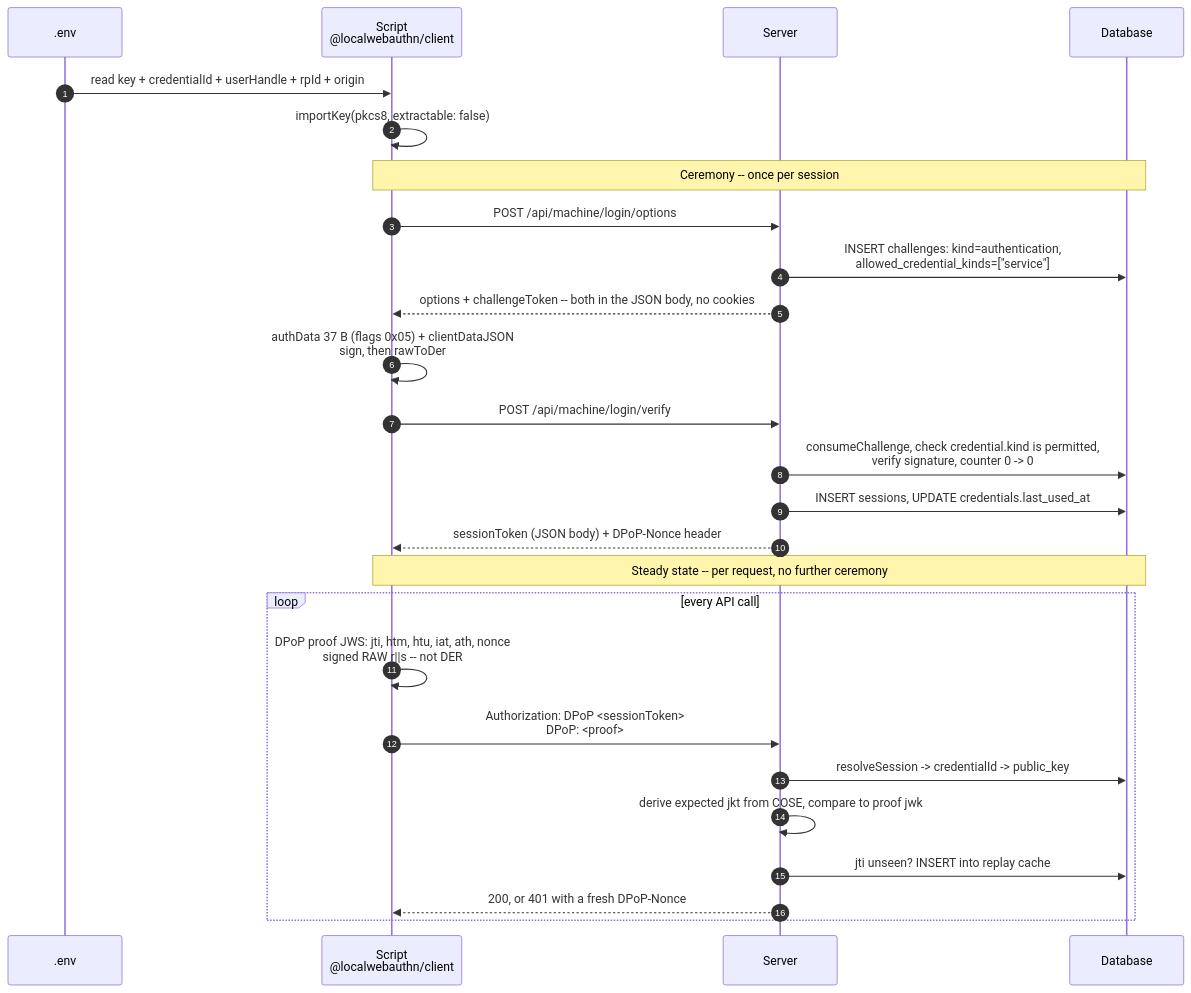
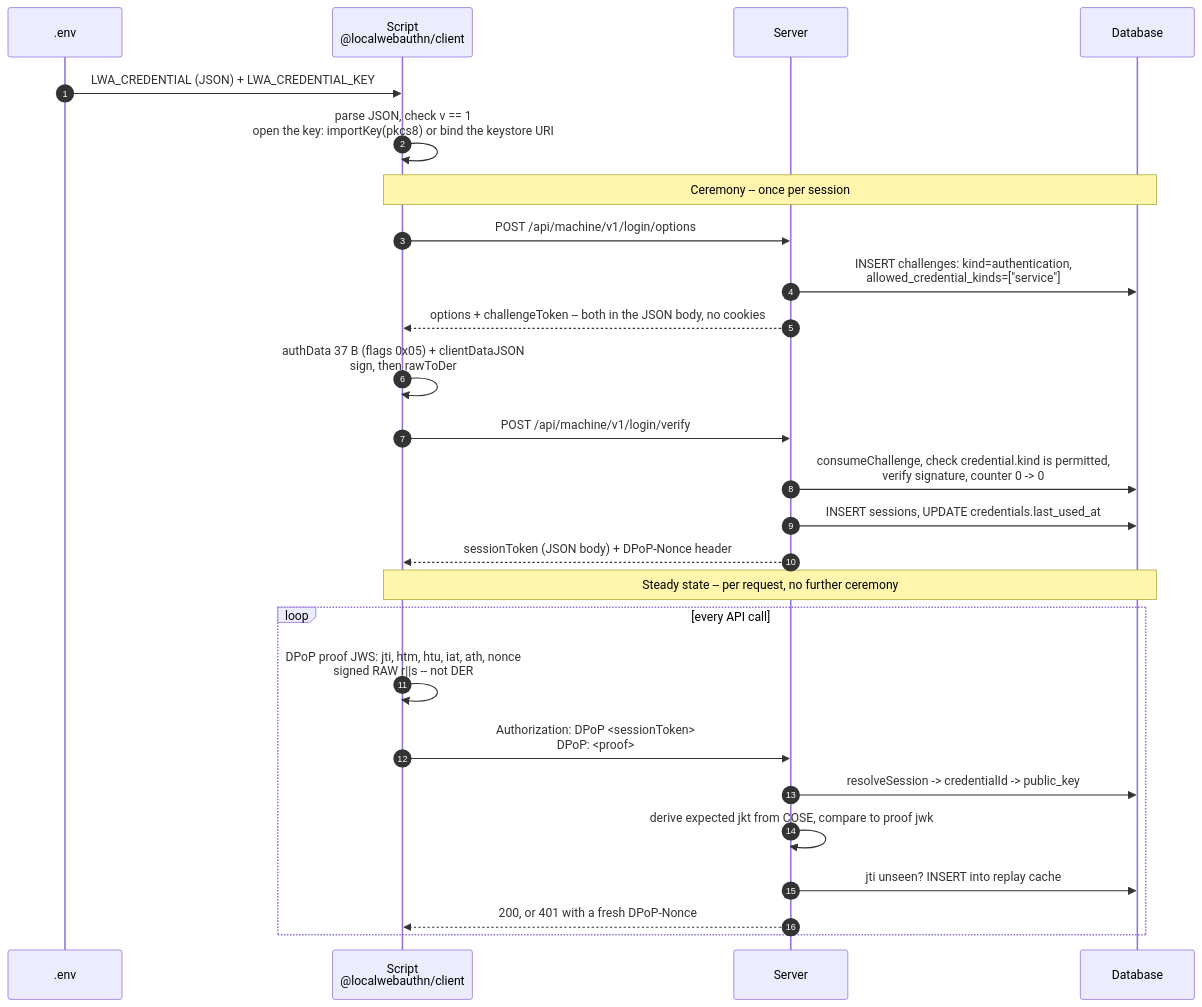
One commit to LocalWebAuthn/LocalWebAuthn changed the fourth of 6 diagrams in docs/API-AUTH.org. Above: the diagram before and after it, drawn with Mermaid. The commit also changed other lines of this file and 8 other files, not shown here.

```diff
--- a/docs/API-AUTH.org
+++ b/docs/API-AUTH.org
@@ -359,33 +521,33 @@
 #+BEGIN_SRC mermaid :file ./images/api-auth-session.png
 sequenceDiagram
   autonumber
   participant EV as .env
   participant CL as Script<br/>@localwebauthn/client
   participant SV as Server
   participant DB as Database
 
-  EV->>CL: read key + credentialId + userHandle + rpId + origin
-  CL->>CL: importKey(pkcs8, extractable: false)
+  EV->>CL: LWA_CREDENTIAL (JSON) + LWA_CREDENTIAL_KEY
+  CL->>CL: parse JSON, check v == 1<br/>open the key: importKey(pkcs8) or bind the keystore URI
 
   Note over CL,DB: Ceremony -- once per session
 
-  CL->>SV: POST /api/machine/login/options
+  CL->>SV: POST /api/machine/v1/login/options
   SV->>DB: INSERT challenges: kind=authentication,<br/>allowed_credential_kinds=["service"]
   SV-->>CL: options + challengeToken -- both in the JSON body, no cookies
   CL->>CL: authData 37 B (flags 0x05) + clientDataJSON<br/>sign, then rawToDer
-  CL->>SV: POST /api/machine/login/verify
+  CL->>SV: POST /api/machine/v1/login/verify
   SV->>DB: consumeChallenge, check credential.kind is permitted,<br/>verify signature, counter 0 -> 0
   SV->>DB: INSERT sessions, UPDATE credentials.last_used_at
   SV-->>CL: sessionToken (JSON body) + DPoP-Nonce header
 
   Note over CL,DB: Steady state -- per request, no further ceremony
 
   loop every API call
     CL->>CL: DPoP proof JWS: jti, htm, htu, iat, ath, nonce<br/>signed RAW r||s -- not DER
     CL->>SV: Authorization: DPoP <sessionToken><br/>DPoP: <proof>
     SV->>DB: resolveSession -> credentialId -> public_key
     SV->>SV: derive expected jkt from COSE, compare to proof jwk
     SV->>DB: jti unseen? INSERT into replay cache
     SV-->>CL: 200, or 401 with a fresh DPoP-Nonce
   end
 #+END_SRC
```
